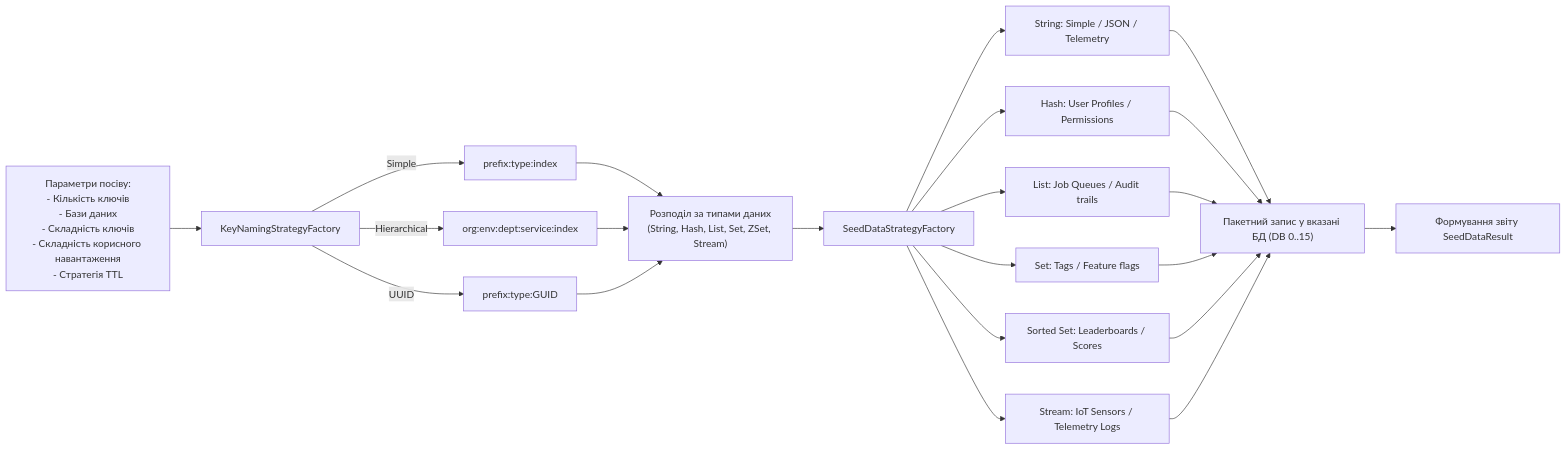
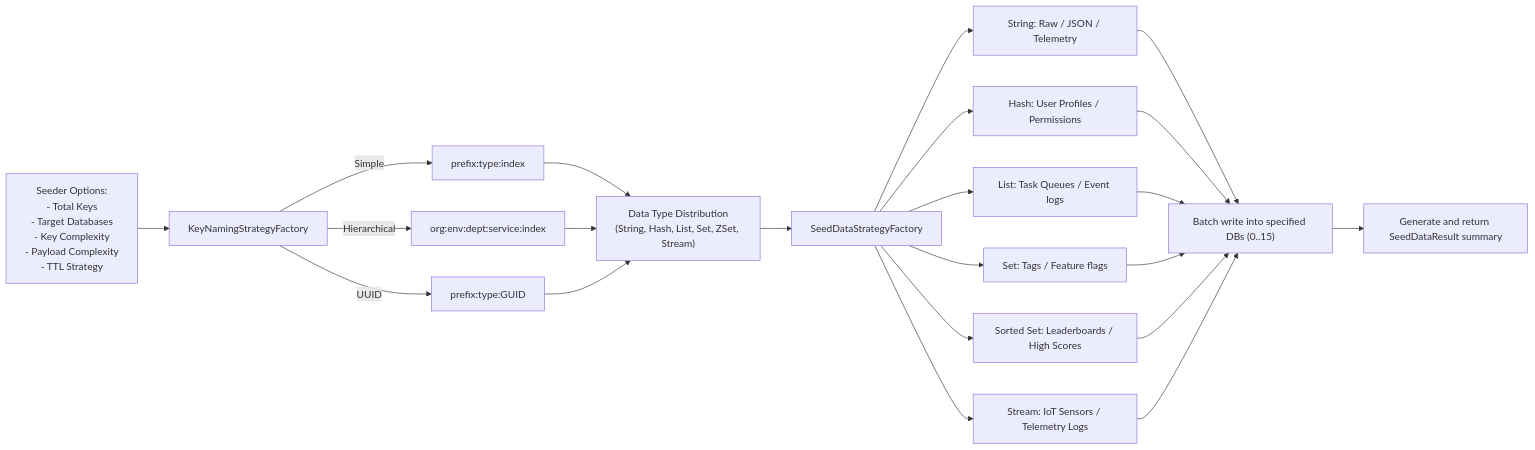
One commit to dellik95/redis-gui changed the seventh of 8 diagrams in docs/diagrams.md. Above: the diagram before and after it, drawn with Mermaid. The commit also changed other lines of this file and 30 other files, not shown here.

````diff
--- a/docs/diagrams.md
+++ b/docs/diagrams.md
@@ -251,22 +251,22 @@
 ```mermaid
 flowchart LR
-    Opts["Параметри посіву:\n- Кількість ключів\n- Бази даних\n- Складність ключів\n- Складність корисного навантаження\n- Стратегія TTL"] --> Naming["KeyNamingStrategyFactory"]
+    Opts["Seeder Options:\n- Total Keys\n- Target Databases\n- Key Complexity\n- Payload Complexity\n- TTL Strategy"] --> Naming["KeyNamingStrategyFactory"]
     
     Naming -->|Simple| N1["prefix:type:index"]
     Naming -->|Hierarchical| N2["org:env:dept:service:index"]
     Naming -->|UUID| N3["prefix:type:GUID"]
 
-    N1 & N2 & N3 --> TypeDistributor["Розподіл за типами даних\n(String, Hash, List, Set, ZSet, Stream)"]
+    N1 & N2 & N3 --> TypeDistributor["Data Type Distribution\n(String, Hash, List, Set, ZSet, Stream)"]
     
     TypeDistributor --> SeedFactory["SeedDataStrategyFactory"]
     
-    SeedFactory --> S1["String: Simple / JSON / Telemetry"]
+    SeedFactory --> S1["String: Raw / JSON / Telemetry"]
     SeedFactory --> S2["Hash: User Profiles / Permissions"]
-    SeedFactory --> S3["List: Job Queues / Audit trails"]
+    SeedFactory --> S3["List: Task Queues / Event logs"]
     SeedFactory --> S4["Set: Tags / Feature flags"]
-    SeedFactory --> S5["Sorted Set: Leaderboards / Scores"]
+    SeedFactory --> S5["Sorted Set: Leaderboards / High Scores"]
     SeedFactory --> S6["Stream: IoT Sensors / Telemetry Logs"]
 
-    S1 & S2 & S3 & S4 & S5 & S6 --> BatchWrite["Пакетний запис у вказані БД (DB 0..15)"]
-    BatchWrite --> Summary["Формування звіту SeedDataResult"]
+    S1 & S2 & S3 & S4 & S5 & S6 --> BatchWrite["Batch write into specified DBs (0..15)"]
+    BatchWrite --> Summary["Generate and return SeedDataResult summary"]
 ```
````
